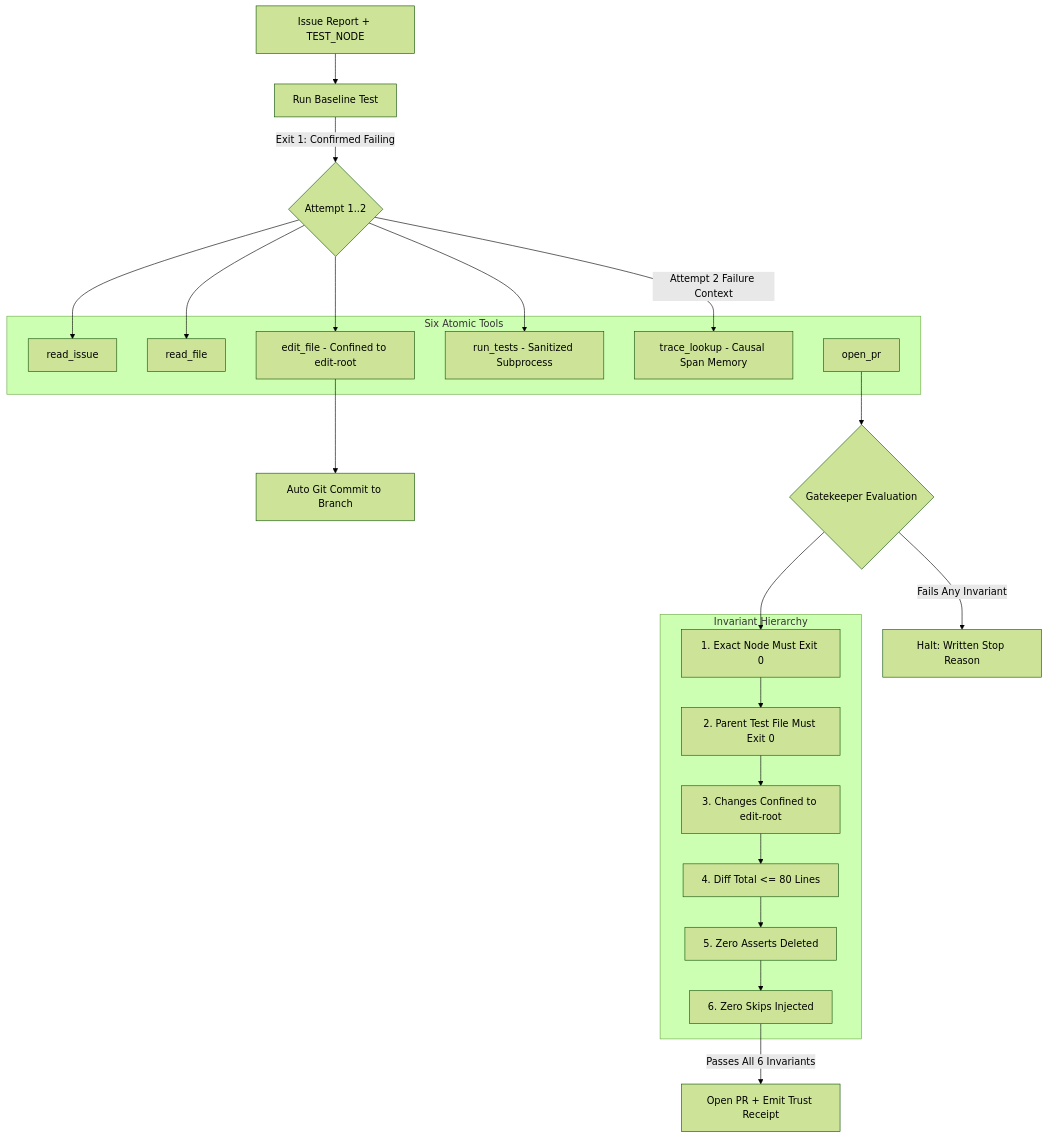
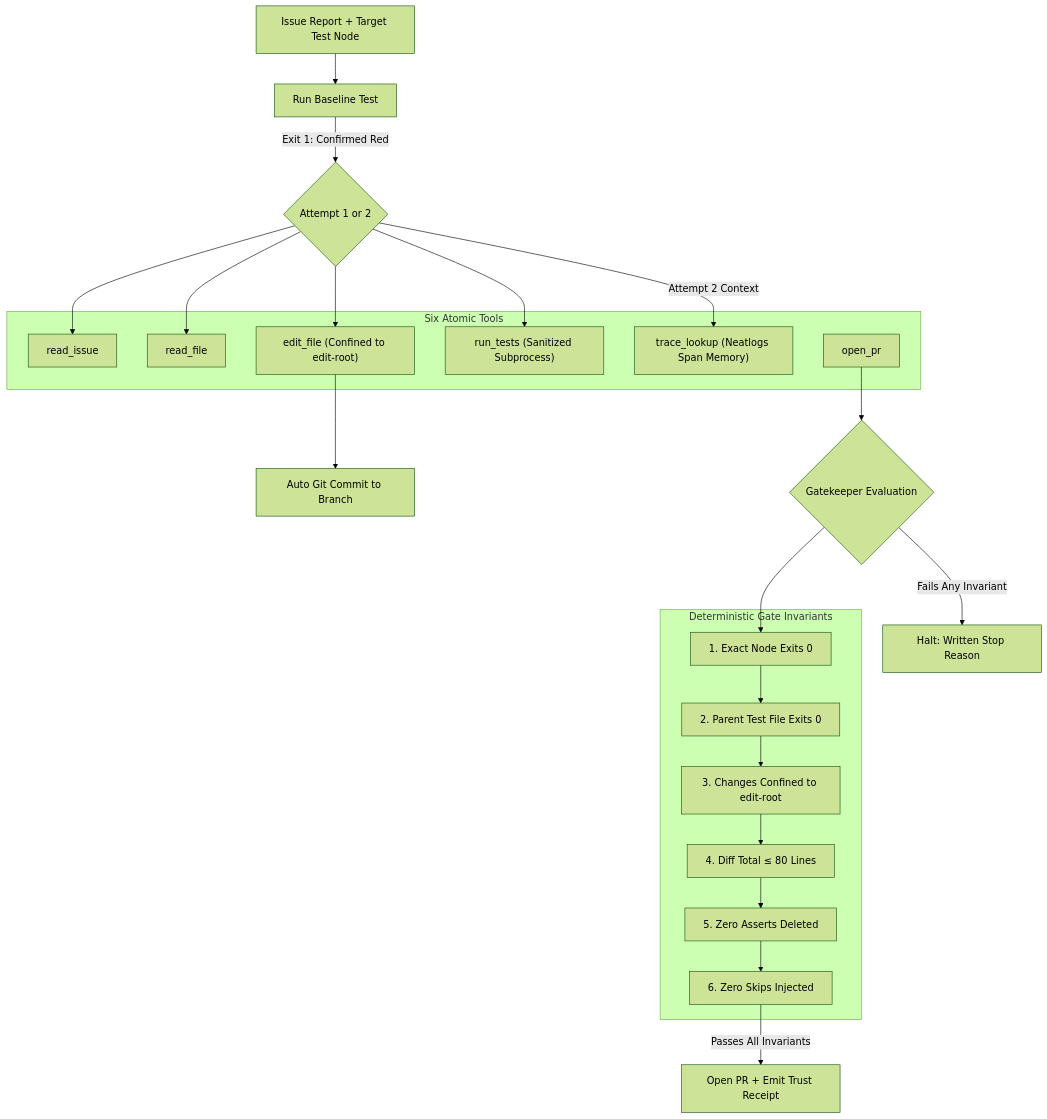
The diagram in README.md (Anekenonso/FixLoop), drawn with Mermaid (forest theme) before and after one commit. The commit also changed 1 other file, not shown here.

Commit message:
docs(diagrams): fix Mermaid syntax errors in README.md and architecture.md

````diff
--- a/README.md
+++ b/README.md
@@ -65,33 +65,42 @@
 ```mermaid
 flowchart TD
-    Issue[Issue Report + TEST_NODE] --> Base[Run Baseline Test]
-    Base -->|Exit 1: Confirmed Failing| Loop{Attempt 1..2}
+    Issue["Issue Report + Target Test Node"] --> Base["Run Baseline Test"]
+    Base -->|"Exit 1: Confirmed Red"| Loop{"Attempt 1 or 2"}
     
-    subgraph Six Atomic Tools
-        T1[read_issue]
-        T2[read_file]
-        T3[edit_file - Confined to edit-root]
-        T4[run_tests - Sanitized Subprocess]
-        T5[trace_lookup - Causal Span Memory]
-        T6[open_pr]
+    subgraph Tools["Six Atomic Tools"]
+        T1["read_issue"]
+        T2["read_file"]
+        T3["edit_file (Confined to edit-root)"]
+        T4["run_tests (Sanitized Subprocess)"]
+        T5["trace_lookup (Neatlogs Span Memory)"]
+        T6["open_pr"]
     end
     
-    Loop --> T1 & T2 & T3 & T4
-    Loop -->|Attempt 2 Failure Context| T5
-    T3 --> GitCommit[Auto Git Commit to Branch]
-    T6 --> Gatekeeper{Gatekeeper Evaluation}
+    Loop --> T1
+    Loop --> T2
+    Loop --> T3
+    Loop --> T4
+    Loop -->|"Attempt 2 Context"| T5
     
-    subgraph Invariant Hierarchy
-        G1[1. Exact Node Must Exit 0]
-        G2[2. Parent Test File Must Exit 0]
-        G3[3. Changes Confined to edit-root]
-        G4[4. Diff Total <= 80 Lines]
-        G5[5. Zero Asserts Deleted]
-        G6[6. Zero Skips Injected]
+    T3 --> GitCommit["Auto Git Commit to Branch"]
+    T6 --> Gatekeeper{"Gatekeeper Evaluation"}
+    
+    subgraph Invariants["Deterministic Gate Invariants"]
+        G1["1. Exact Node Exits 0"]
+        G2["2. Parent Test File Exits 0"]
+        G3["3. Changes Confined to edit-root"]
+        G4["4. Diff Total &le; 80 Lines"]
+        G5["5. Zero Asserts Deleted"]
+        G6["6. Zero Skips Injected"]
     end
     
-    Gatekeeper --> G1 --> G2 --> G3 --> G4 --> G5 --> G6
+    Gatekeeper --> G1
+    G1 --> G2
+    G2 --> G3
+    G3 --> G4
+    G4 --> G5
+    G5 --> G6
     
-    G6 -->|Passes All 6 Invariants| PR[Open PR + Emit Trust Receipt]
-    Gatekeeper -->|Fails Any Invariant| Stop[Halt: Written Stop Reason]
+    G6 -->|"Passes All Invariants"| PR["Open PR + Emit Trust Receipt"]
+    Gatekeeper -->|"Fails Any Invariant"| Stop["Halt: Written Stop Reason"]
 ```
````
